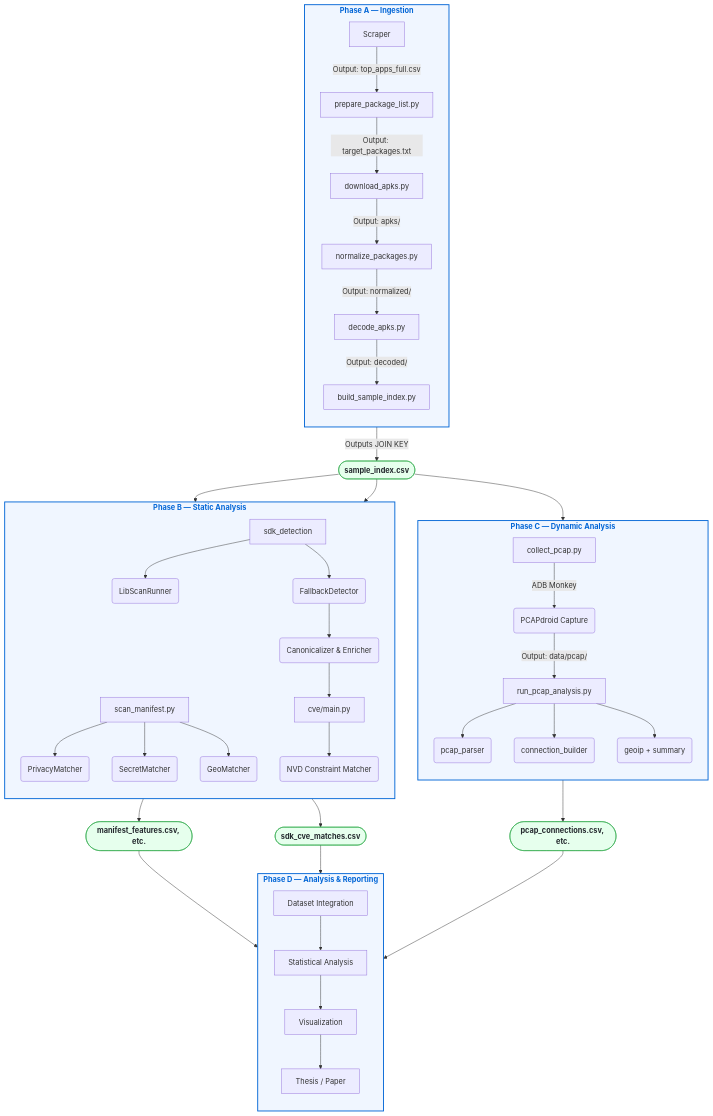
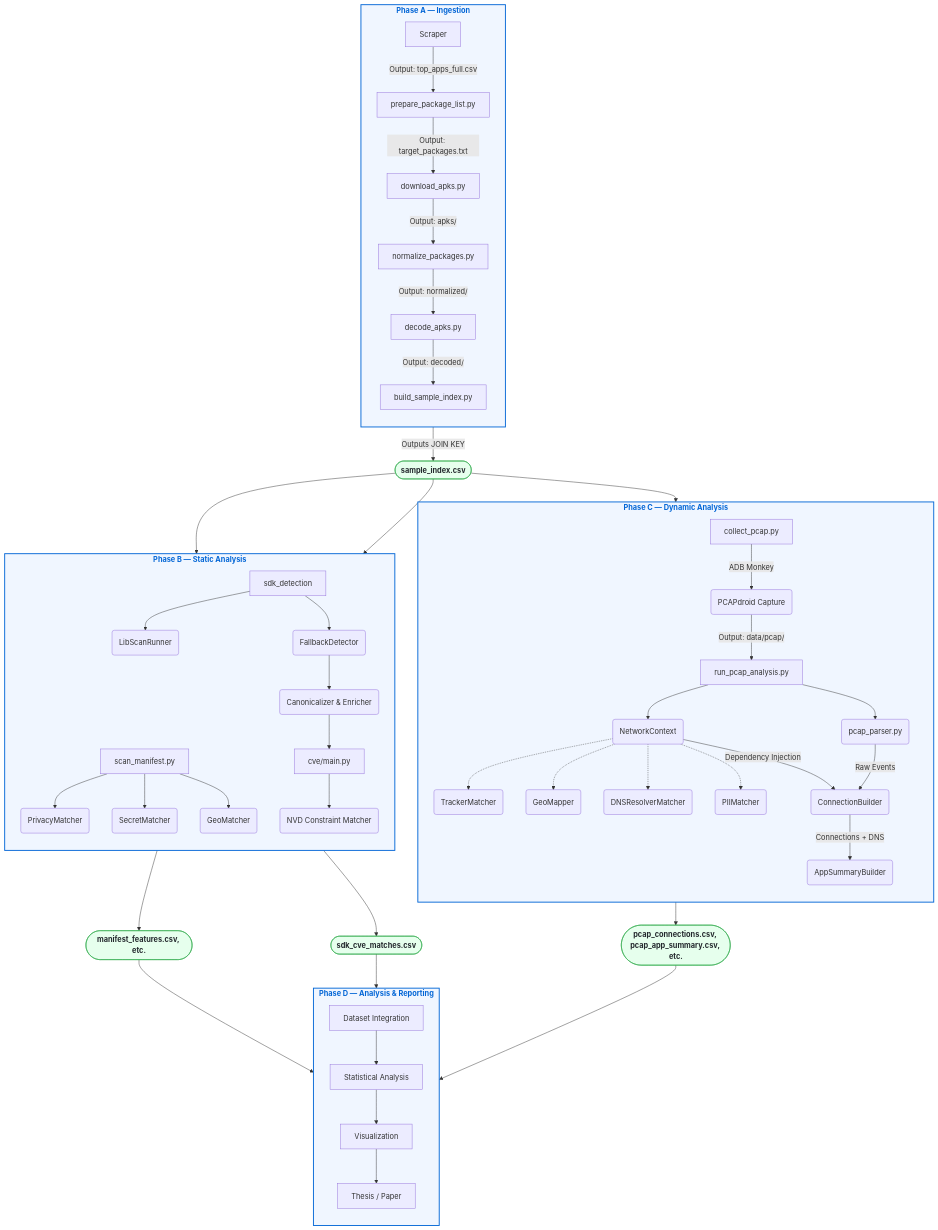
Before and after one commit to theayushsonkar/Geo-Difference_MobileSecurity: the diagram in Tracker.md, drawn with Mermaid. The commit also changed other lines of this file and 73 other files, not shown here.

```diff
--- a/Tracker.md
+++ b/Tracker.md
@@ -183,14 +191,24 @@
         direction TB
         C1[collect_pcap.py] -->|ADB Monkey| C2(PCAPdroid Capture)
         C2 -->|Output: data/pcap/| C3[run_pcap_analysis.py]
-        C3 --> C3a(pcap_parser)
-        C3 --> C3b(connection_builder)
-        C3 --> C3c(geoip + summary)
+        
+        C3 --> C3a(pcap_parser.py)
+        C3 --> C3b(NetworkContext)
+        
+        C3b -.-> C3c(TrackerMatcher)
+        C3b -.-> C3d(GeoMapper)
+        C3b -.-> C3e(DNSResolverMatcher)
+        C3b -.-> C3f(PIIMatcher)
+        
+        C3a -->|Raw Events| C3g(ConnectionBuilder)
+        C3b -->|Dependency Injection| C3g
+        
+        C3g -->|Connections + DNS| C3h(AppSummaryBuilder)
     end
     class Phase_C phase
 
     O1 --> C1
-    C3c --> O4([pcap_connections.csv, etc.])
+    C3h --> O4([pcap_connections.csv, pcap_app_summary.csv, etc.])
     class O4 output
 
     %% Phase D
```
